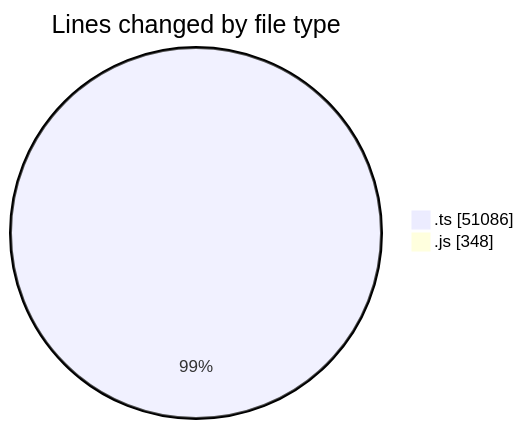
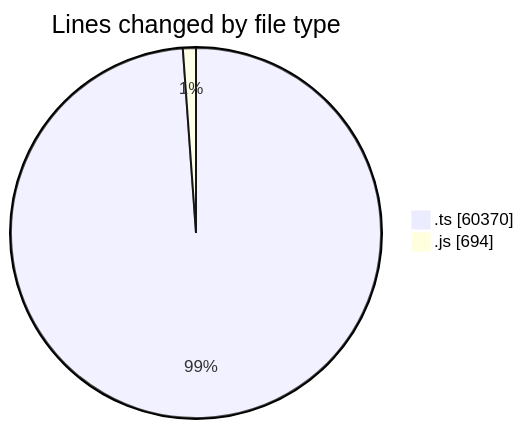
Before and after one commit to momahboobian/code-tracking: the first of 2 diagrams in 2025-09-29/cda/README.md, drawn with Mermaid. The commit also changed other lines of this file and 1 other file, not shown here.

````diff
--- a/2025-09-29/cda/README.md
+++ b/2025-09-29/cda/README.md
@@ -25,6 +25,6 @@
 ```mermaid
 pie showData
 title Lines changed by file type
-".ts" : 51086
-".js" : 348
+".ts" : 60370
+".js" : 694
 ```
````
